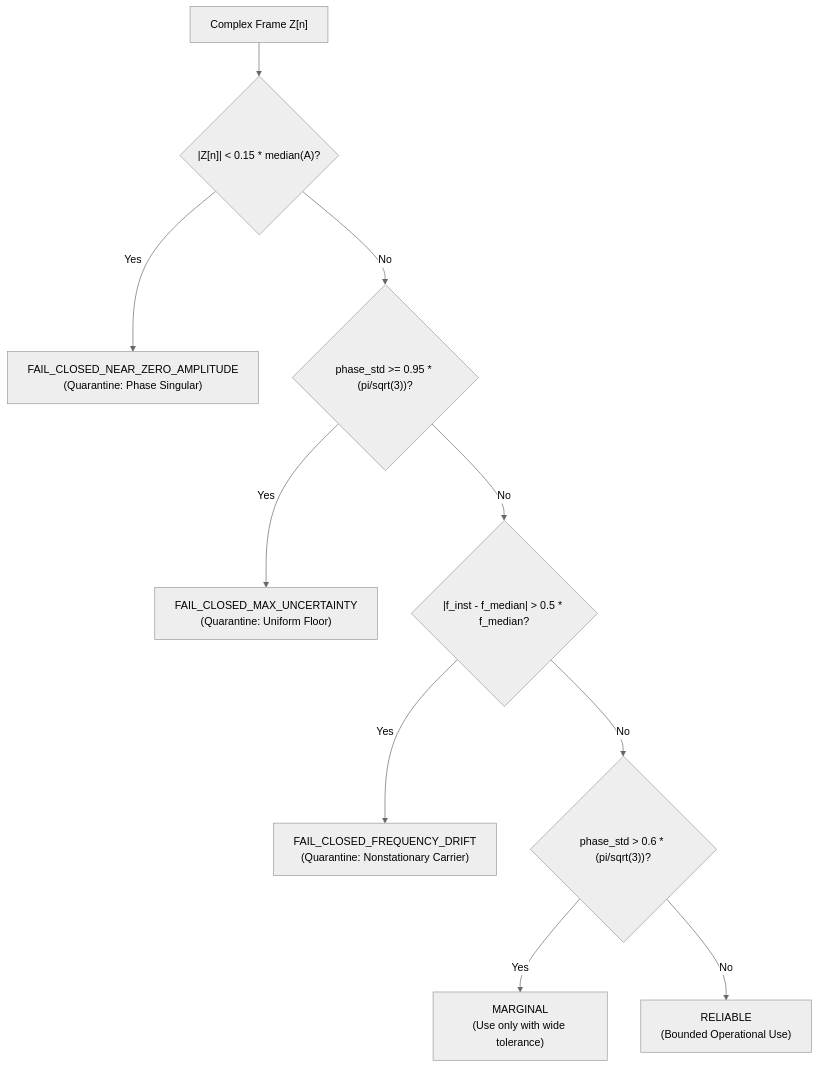
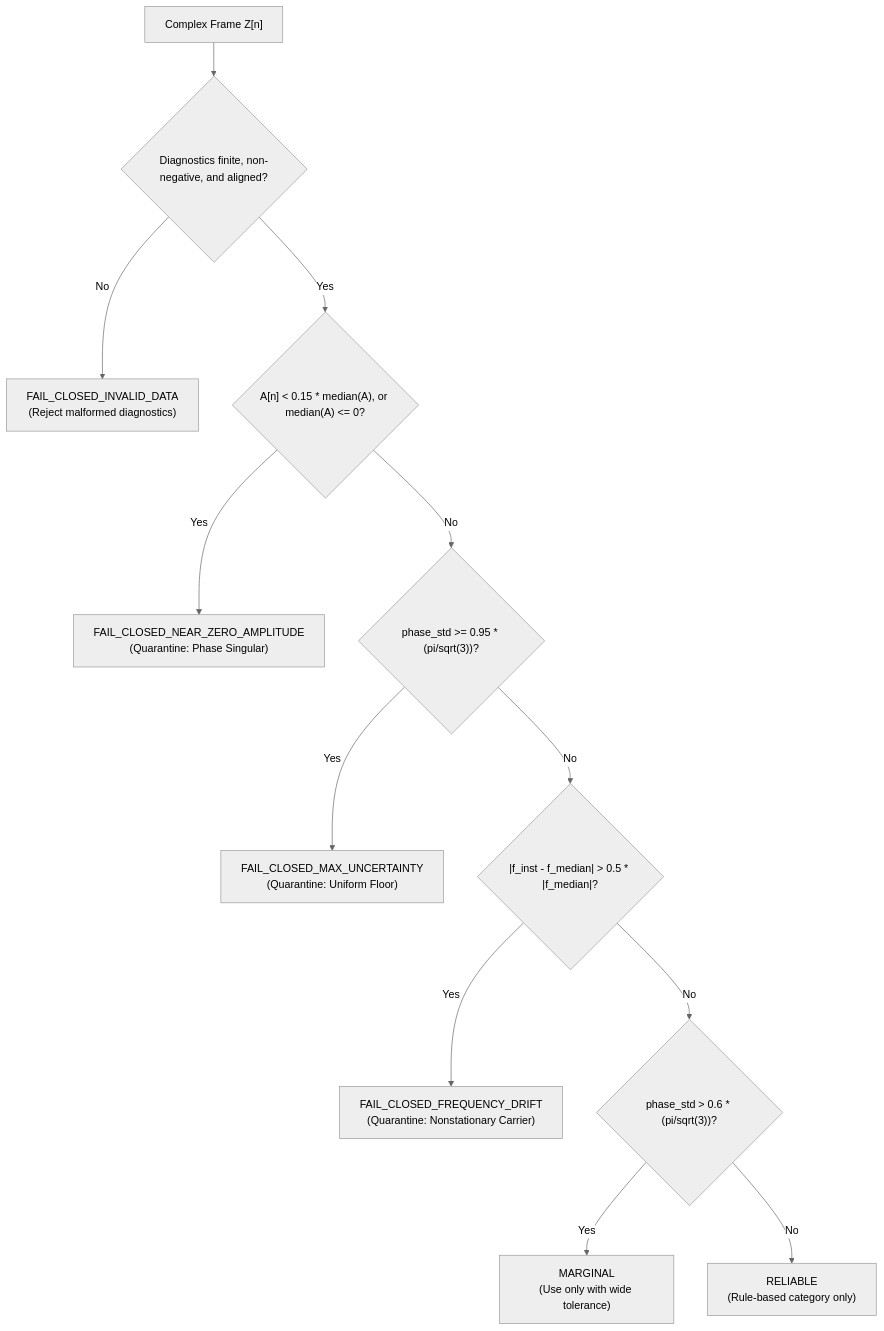
Before and after one commit to ChristianV997/NeuroTopology-Sim: the diagram in docs/phase_uncertainty_calibration.md, drawn with Mermaid (neutral theme). The commit also changed other lines of this file and 2 other files, not shown here.

Commit message:
fix(phase_uncertainty): fail closed on invalid diagnostics

````diff
--- a/docs/phase_uncertainty_calibration.md
+++ b/docs/phase_uncertainty_calibration.md
@@ -95,12 +95,14 @@
 ```mermaid
 flowchart TD
-    A["Complex Frame Z[n]"] --> B{"|Z[n]| < 0.15 * median(A)?"}
-    B -- Yes --> C["FAIL_CLOSED_NEAR_ZERO_AMPLITUDE<br>(Quarantine: Phase Singular)"]
-    B -- No --> D{"phase_std >= 0.95 * (pi/sqrt(3))?"}
-    D -- Yes --> E["FAIL_CLOSED_MAX_UNCERTAINTY<br>(Quarantine: Uniform Floor)"]
-    D -- No --> F{"|f_inst - f_median| > 0.5 * f_median?"}
-    F -- Yes --> G["FAIL_CLOSED_FREQUENCY_DRIFT<br>(Quarantine: Nonstationary Carrier)"]
-    F -- No --> H{"phase_std > 0.6 * (pi/sqrt(3))?"}
-    H -- Yes --> I["MARGINAL<br>(Use only with wide tolerance)"]
-    H -- No --> J["RELIABLE<br>(Bounded Operational Use)"]
+    A["Complex Frame Z[n]"] --> B{"Diagnostics finite, non-negative, and aligned?"}
+    B -- No --> C["FAIL_CLOSED_INVALID_DATA<br>(Reject malformed diagnostics)"]
+    B -- Yes --> D{"A[n] < 0.15 * median(A), or median(A) <= 0?"}
+    D -- Yes --> E["FAIL_CLOSED_NEAR_ZERO_AMPLITUDE<br>(Quarantine: Phase Singular)"]
+    D -- No --> F{"phase_std >= 0.95 * (pi/sqrt(3))?"}
+    F -- Yes --> G["FAIL_CLOSED_MAX_UNCERTAINTY<br>(Quarantine: Uniform Floor)"]
+    F -- No --> H{"|f_inst - f_median| > 0.5 * |f_median|?"}
+    H -- Yes --> I["FAIL_CLOSED_FREQUENCY_DRIFT<br>(Quarantine: Nonstationary Carrier)"]
+    H -- No --> J{"phase_std > 0.6 * (pi/sqrt(3))?"}
+    J -- Yes --> K["MARGINAL<br>(Use only with wide tolerance)"]
+    J -- No --> L["RELIABLE<br>(Rule-based category only)"]
 ```
````
